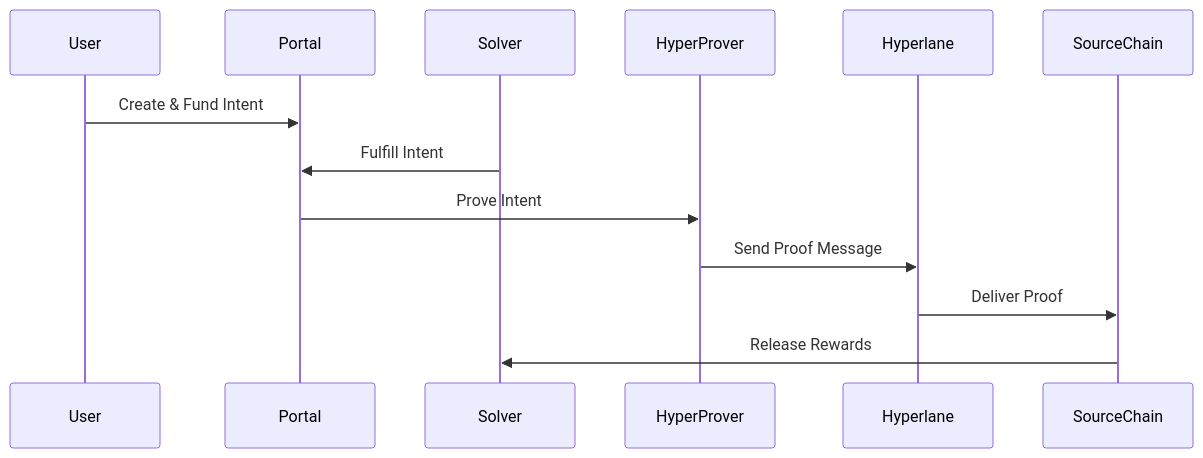
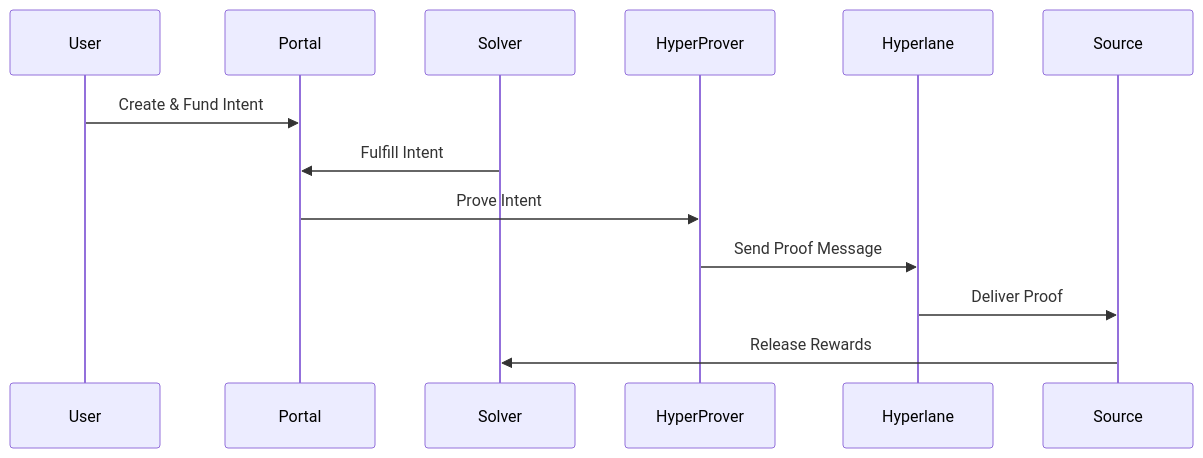
Before and after one commit to eco/eco-routes-svm: the diagram in README.md, drawn with Mermaid. The commit also changed 29 other files, not shown here.

Commit message:
refactor: rename destination_chain to destination and source_chain to source and destination_chain_portal to portal (#29)

````diff
--- a/README.md
+++ b/README.md
@@ -38,16 +38,16 @@
 ```mermaid
 sequenceDiagram
     participant User
     participant Portal
     participant Solver
     participant HyperProver
     participant Hyperlane
-    participant SourceChain
+    participant Source
 
     User->>Portal: Create & Fund Intent
     Solver->>Portal: Fulfill Intent
     Portal->>HyperProver: Prove Intent
     HyperProver->>Hyperlane: Send Proof Message
-    Hyperlane->>SourceChain: Deliver Proof
-    SourceChain->>Solver: Release Rewards
+    Hyperlane->>Source: Deliver Proof
+    Source->>Solver: Release Rewards
 ```
````
